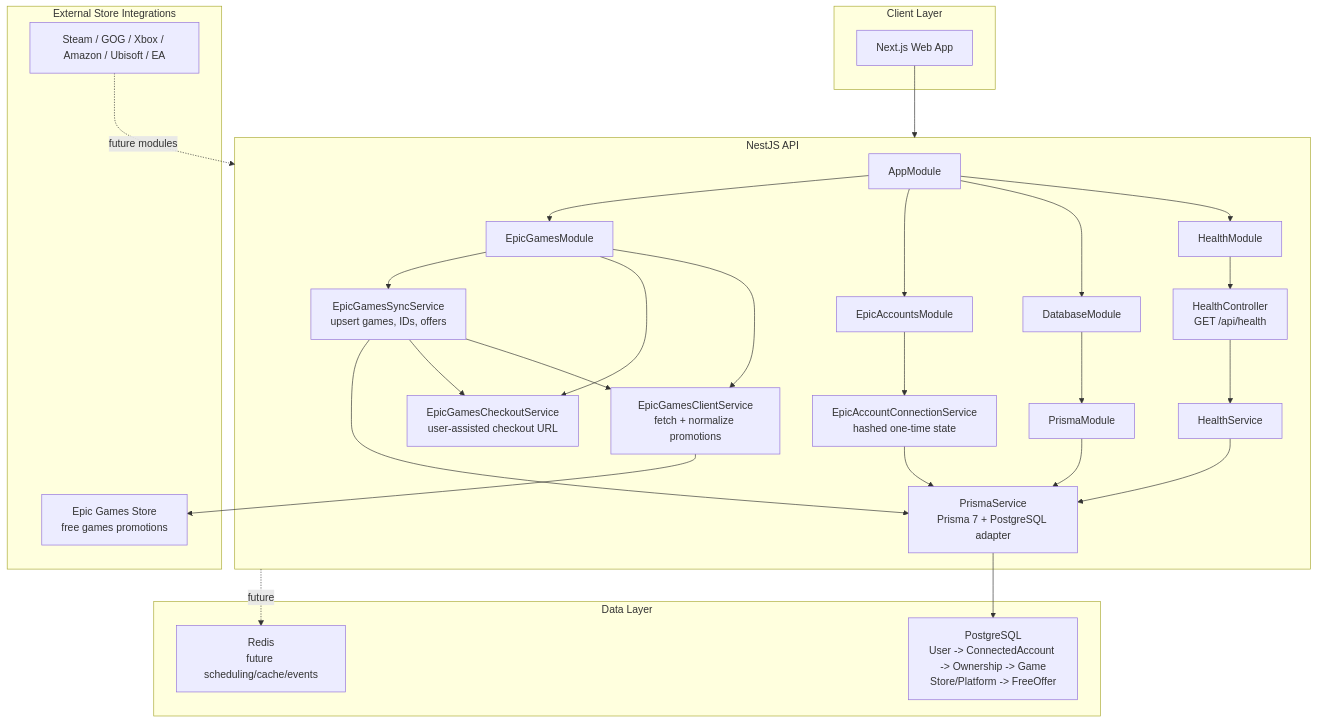
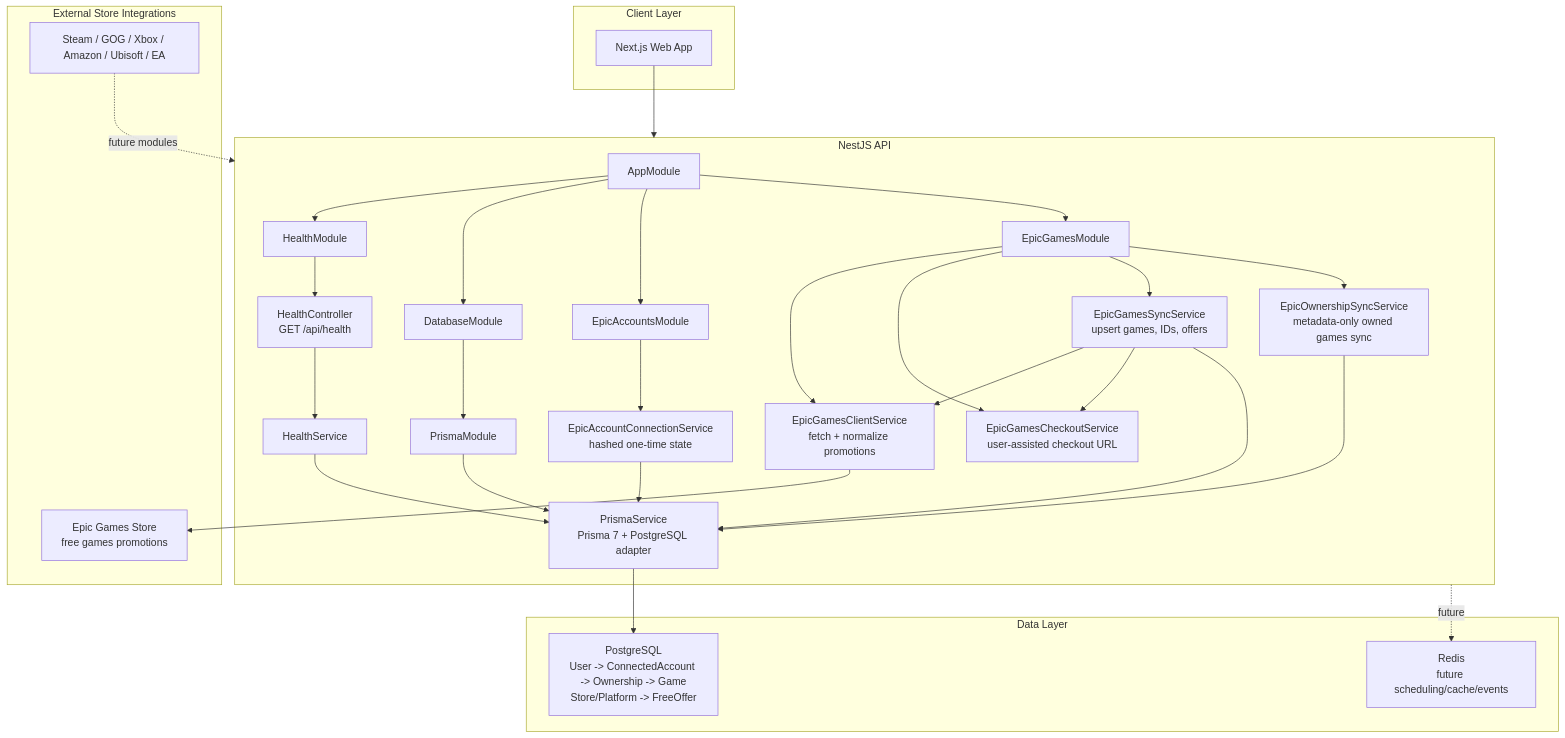
The diagram in docs/Architecture.md (BranioM/ClaimWeekGames), drawn with Mermaid before and after one commit. The commit also changed other lines of this file and 9 other files, not shown here.

Commit message:
feat: add Epic ownership sync foundation

````diff
--- a/docs/Architecture.md
+++ b/docs/Architecture.md
@@ -19,56 +19,59 @@
 ```mermaid
 flowchart TB
   subgraph Client["Client Layer"]
     Web["Next.js Web App"]
   end
 
   subgraph Api["NestJS API"]
     AppModule["AppModule"]
     HealthModule["HealthModule"]
     DatabaseModule["DatabaseModule"]
     PrismaModule["PrismaModule"]
     EpicAccountsModule["EpicAccountsModule"]
     EpicGamesModule["EpicGamesModule"]
 
     HealthController["HealthController\nGET /api/health"]
     HealthService["HealthService"]
     PrismaService["PrismaService\nPrisma 7 + PostgreSQL adapter"]
     EpicAccountConnection["EpicAccountConnectionService\nhashed one-time state"]
     EpicClient["EpicGamesClientService\nfetch + normalize promotions"]
     EpicCheckout["EpicGamesCheckoutService\nuser-assisted checkout URL"]
     EpicSync["EpicGamesSyncService\nupsert games, IDs, offers"]
+    EpicOwnershipSync["EpicOwnershipSyncService\nmetadata-only owned games sync"]
   end
 
   subgraph Stores["External Store Integrations"]
     EpicStore["Epic Games Store\nfree games promotions"]
     FutureStores["Steam / GOG / Xbox / Amazon / Ubisoft / EA"]
   end
 
   subgraph Data["Data Layer"]
     Postgres["PostgreSQL\nUser -> ConnectedAccount -> Ownership -> Game\nStore/Platform -> FreeOffer"]
     Redis["Redis\nfuture scheduling/cache/events"]
   end
 
   Web --> Api
   AppModule --> HealthModule
   AppModule --> DatabaseModule
   AppModule --> EpicAccountsModule
   AppModule --> EpicGamesModule
   DatabaseModule --> PrismaModule
   PrismaModule --> PrismaService
   HealthModule --> HealthController
   HealthController --> HealthService
   HealthService --> PrismaService
   EpicAccountsModule --> EpicAccountConnection
   EpicAccountConnection --> PrismaService
   EpicGamesModule --> EpicClient
   EpicGamesModule --> EpicCheckout
   EpicGamesModule --> EpicSync
+  EpicGamesModule --> EpicOwnershipSync
   EpicSync --> EpicClient
   EpicSync --> EpicCheckout
+  EpicOwnershipSync --> PrismaService
   EpicClient --> EpicStore
   EpicSync --> PrismaService
   PrismaService --> Postgres
   Api -.future.-> Redis
   FutureStores -.future modules.-> Api
 ```
````
